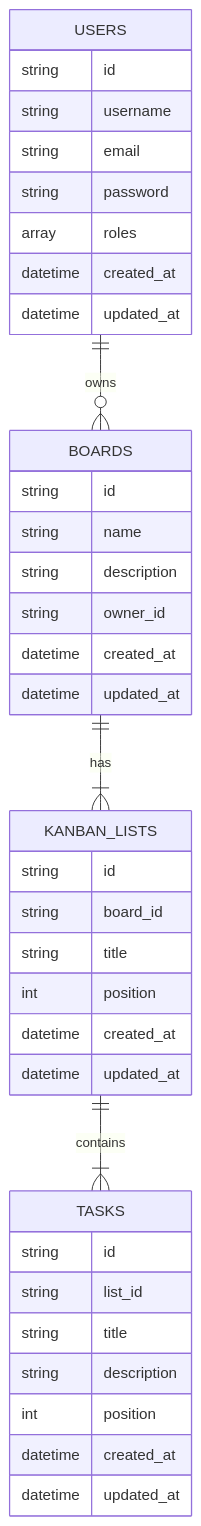
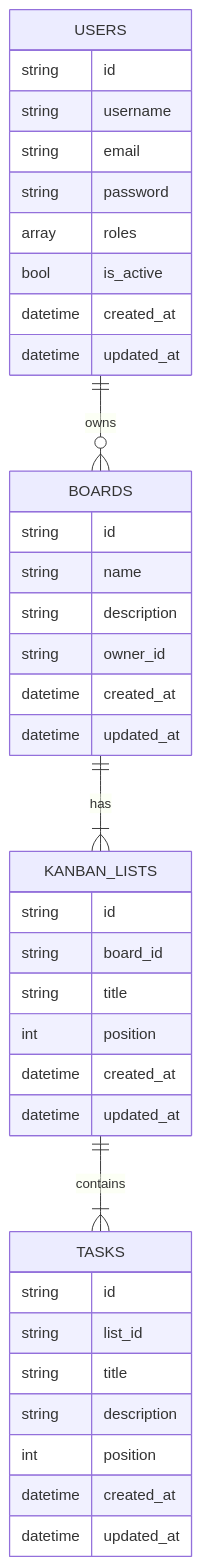
One commit to tidjee-dev/sf-kanban changed the diagram in README.md. Above: the diagram before and after it, drawn with Mermaid.

Commit message:
📖 DOC: update README.md

````diff
--- a/README.md
+++ b/README.md
@@ -87,41 +87,42 @@
 ```mermaid
 erDiagram
     USERS {
       string id
       string username
       string email
       string password
       array roles
+      bool is_active
       datetime created_at
       datetime updated_at
     }
     BOARDS {
       string id
       string name
       string description
       string owner_id
       datetime created_at
       datetime updated_at
     }
     KANBAN_LISTS {
       string id
       string board_id
       string title
       int position
       datetime created_at
       datetime updated_at
     }
     TASKS {
       string id
       string list_id
       string title
       string description
       int position
       datetime created_at
       datetime updated_at
     }
 
     USERS ||--o{ BOARDS : "owns"
     BOARDS ||--|{ KANBAN_LISTS : "has"
     KANBAN_LISTS ||--|{ TASKS : "contains"
 ```
````
